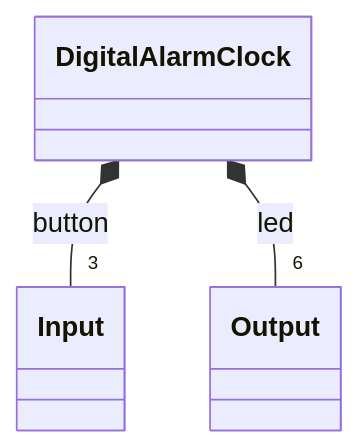
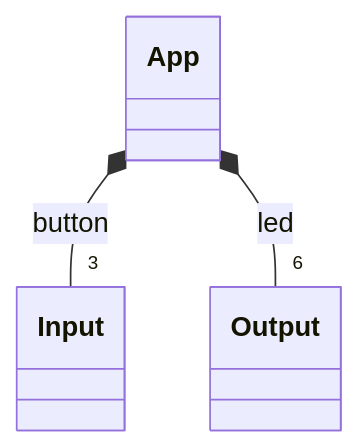
One commit to vermilion9312/digital-alarm-clock changed the first of 3 diagrams in README.md. Above: the diagram before and after it, drawn with Mermaid. The commit also changed other lines of this file and 99 other files, not shown here.

````diff
--- a/README.md
+++ b/README.md
@@ -12,11 +12,11 @@
 ```mermaid
 classDiagram
 direction TB
 
 class Input
 class Output 
-class DigitalAlarmClock 
+class App
 
-DigitalAlarmClock *-- "3" Input : button
-DigitalAlarmClock *-- "6" Output : led
+App *-- "3" Input : button
+App *-- "6" Output : led
 ```
````
